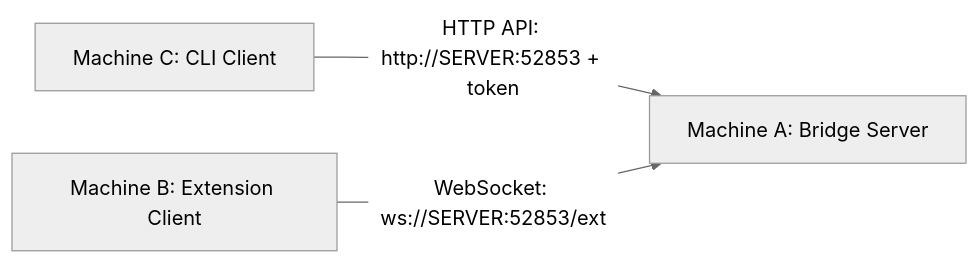
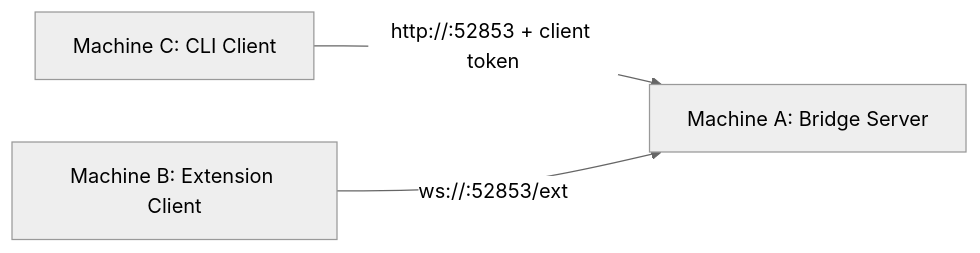
One commit to dreamhunter2333/browser-bridge-cli changed the fourth of 4 diagrams in README.md. Above: the diagram before and after it, drawn with Mermaid (neutral theme). The commit also changed other lines of this file and 1 other file, not shown here.

````diff
--- a/README.md
+++ b/README.md
@@ -156,9 +148,9 @@
 ```mermaid
 graph LR
     CLI["Machine C: CLI Client"]
     Bridge["Machine A: Bridge Server"]
     Ext["Machine B: Extension Client"]
 
-    CLI -->|"HTTP API: http://SERVER:52853 + token"| Bridge
-    Ext -->|"WebSocket: ws://SERVER:52853/ext"| Bridge
+    CLI -->|"http://<server-ip>:52853 + client token"| Bridge
+    Ext -->|"ws://<server-ip>:52853/ext"| Bridge
 ```
````
